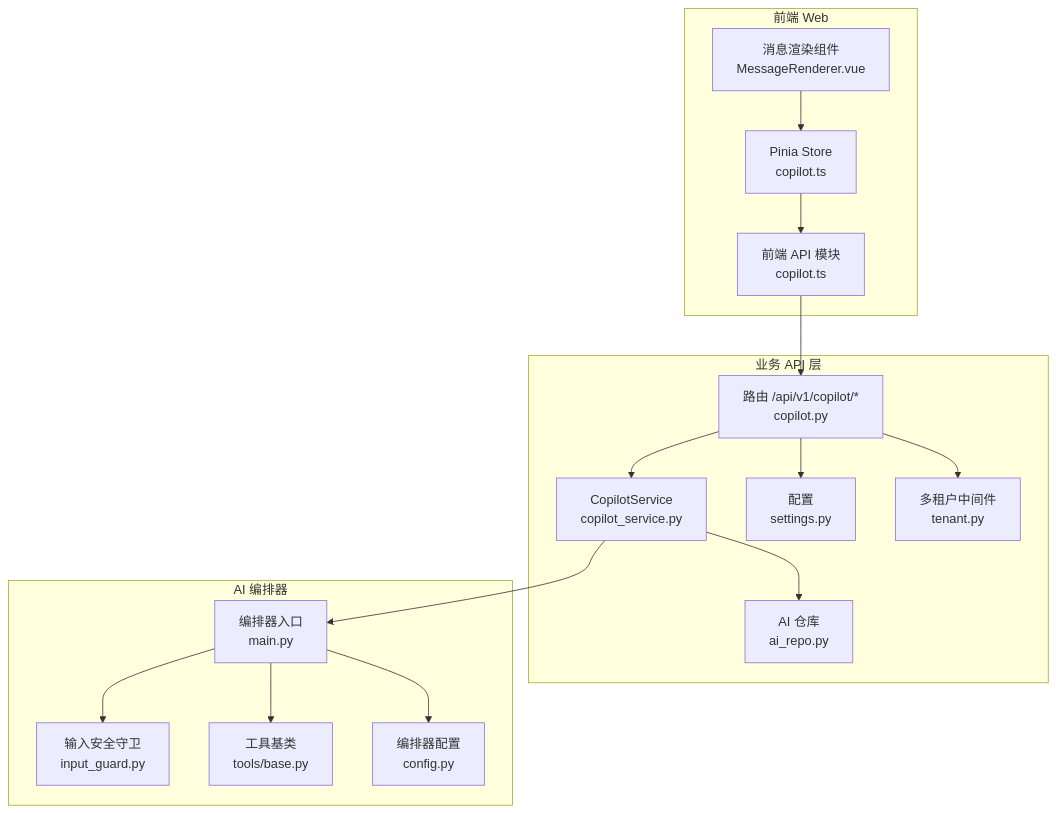
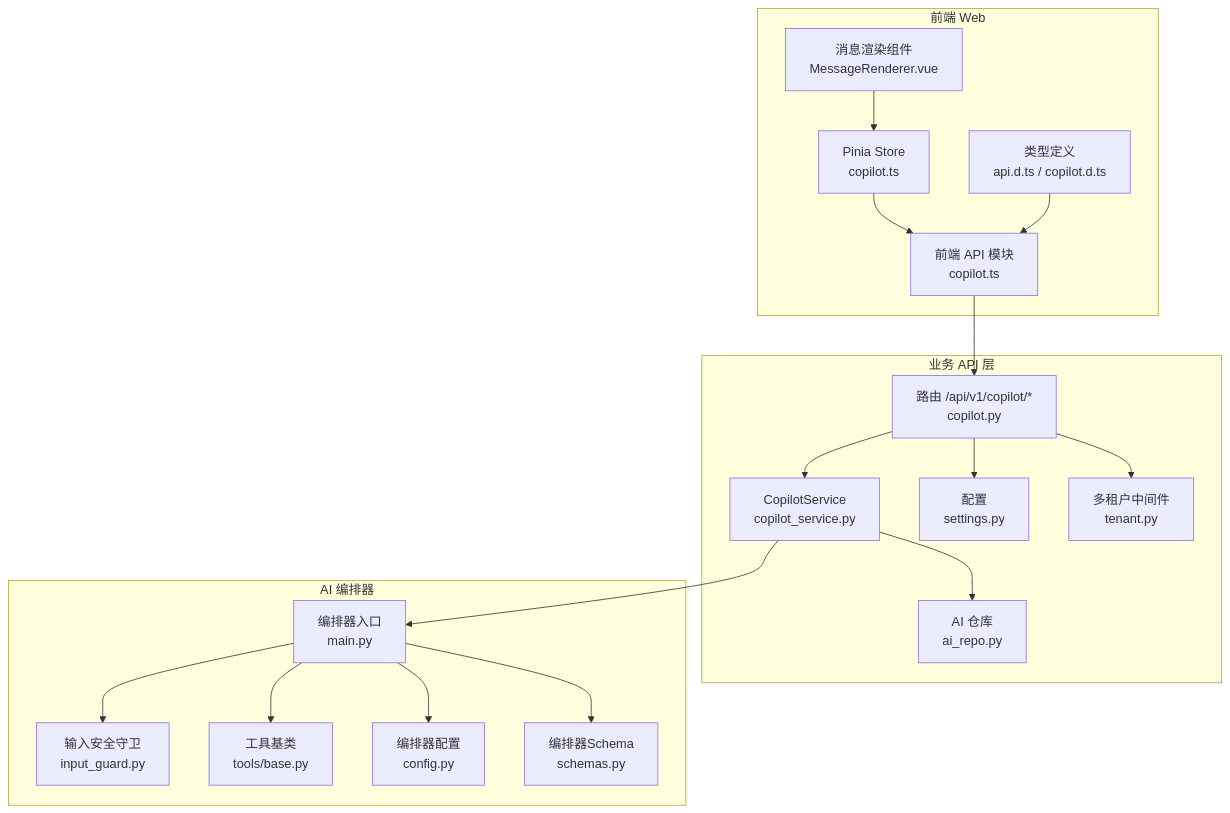
The first of 5 diagrams in .qoder/repowiki/zh/content/API参考文档/Copilot API.md (reesonmic/fde-mate), drawn with Mermaid before and after one commit. The commit also changed other lines of this file and 6 other files, not shown here.

````diff
--- a/.qoder/repowiki/zh/content/API参考文档/Copilot API.md
+++ b/.qoder/repowiki/zh/content/API参考文档/Copilot API.md
@@ -42,32 +53,36 @@
 ```mermaid
 graph TB
 subgraph "前端 Web"
 FE_API["前端 API 模块<br/>copilot.ts"]
 FE_STORE["Pinia Store<br/>copilot.ts"]
 FE_RENDER["消息渲染组件<br/>MessageRenderer.vue"]
+FE_TYPES["类型定义<br/>api.d.ts / copilot.d.ts"]
 end
 subgraph "业务 API 层"
 API_ROUTER["路由 /api/v1/copilot/*<br/>copilot.py"]
 API_SERVICE["CopilotService<br/>copilot_service.py"]
 API_REPO["AI 仓库<br/>ai_repo.py"]
 API_SETTINGS["配置<br/>settings.py"]
 API_TENANT["多租户中间件<br/>tenant.py"]
 end
 subgraph "AI 编排器"
 ORCH_MAIN["编排器入口<br/>main.py"]
 ORCH_SAFETY["输入安全守卫<br/>input_guard.py"]
 ORCH_TOOLS["工具基类<br/>tools/base.py"]
 ORCH_CFG["编排器配置<br/>config.py"]
+ORCH_SCHEMAS["编排器Schema<br/>schemas.py"]
 end
 FE_API --> API_ROUTER
 FE_STORE --> FE_API
 FE_RENDER --> FE_STORE
+FE_TYPES --> FE_API
 API_ROUTER --> API_SERVICE
 API_SERVICE --> API_REPO
 API_SERVICE --> ORCH_MAIN
 API_ROUTER --> API_SETTINGS
 API_ROUTER --> API_TENANT
 ORCH_MAIN --> ORCH_SAFETY
 ORCH_MAIN --> ORCH_TOOLS
 ORCH_MAIN --> ORCH_CFG
+ORCH_MAIN --> ORCH_SCHEMAS
 ```
````
